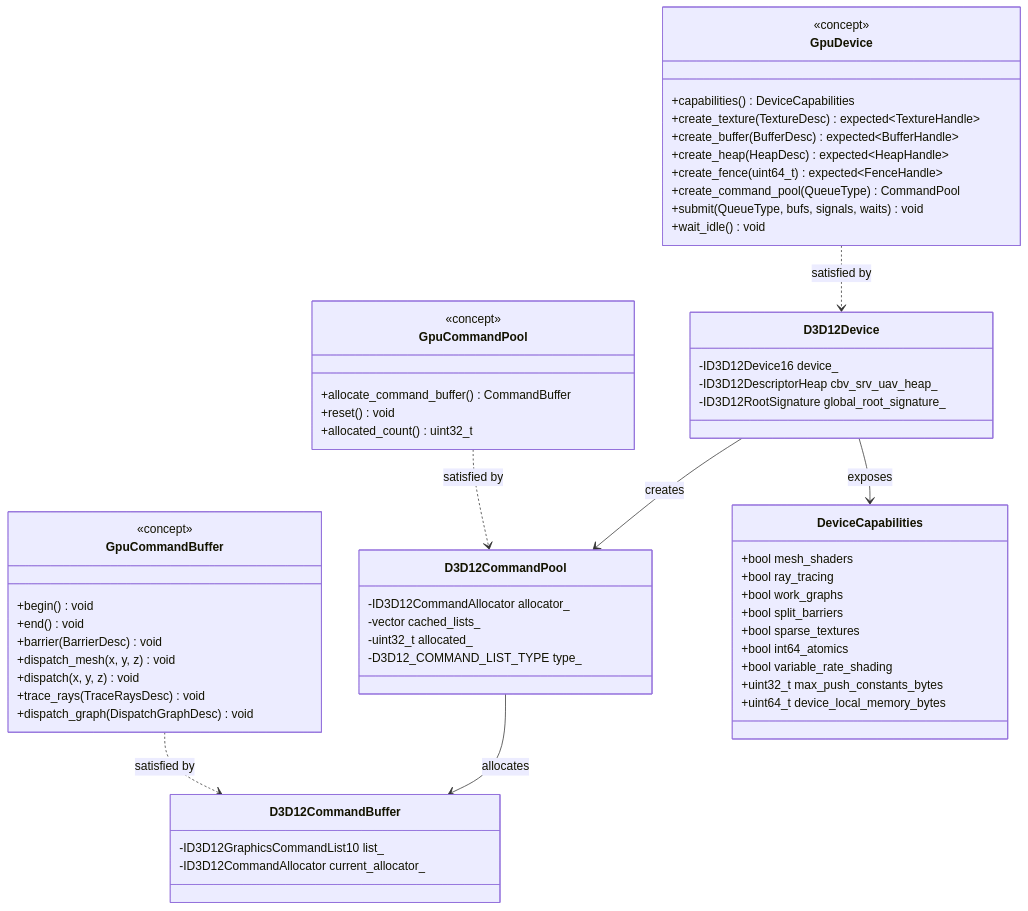
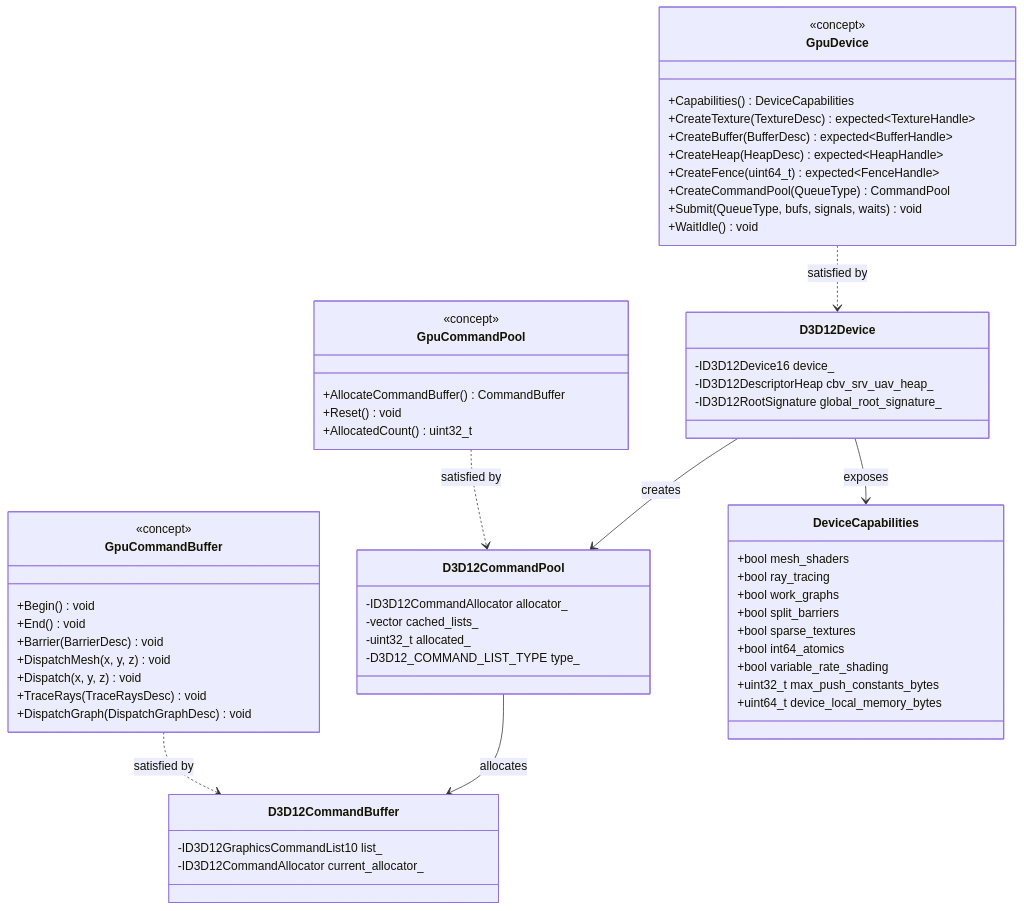
One commit to harmonius-dev/harmonius changed the second of 9 diagrams in docs/design/gpu-backend-d3d12-classes.md. Above: the diagram before and after it, drawn with Mermaid. The commit also changed other lines of this file and 67 other files, not shown here.

````diff
--- a/docs/design/gpu-backend-d3d12-classes.md
+++ b/docs/design/gpu-backend-d3d12-classes.md
@@ -145,69 +145,69 @@
 ```mermaid
 classDiagram
     class GpuDevice {
         <<concept>>
-        +capabilities() DeviceCapabilities
-        +create_texture(TextureDesc) expected~TextureHandle~
-        +create_buffer(BufferDesc) expected~BufferHandle~
-        +create_heap(HeapDesc) expected~HeapHandle~
-        +create_fence(uint64_t) expected~FenceHandle~
-        +create_command_pool(QueueType) CommandPool
-        +submit(QueueType, bufs, signals, waits) void
-        +wait_idle() void
+        +Capabilities() DeviceCapabilities
+        +CreateTexture(TextureDesc) expected~TextureHandle~
+        +CreateBuffer(BufferDesc) expected~BufferHandle~
+        +CreateHeap(HeapDesc) expected~HeapHandle~
+        +CreateFence(uint64_t) expected~FenceHandle~
+        +CreateCommandPool(QueueType) CommandPool
+        +Submit(QueueType, bufs, signals, waits) void
+        +WaitIdle() void
     }
 
     class GpuCommandPool {
         <<concept>>
-        +allocate_command_buffer() CommandBuffer
-        +reset() void
-        +allocated_count() uint32_t
+        +AllocateCommandBuffer() CommandBuffer
+        +Reset() void
+        +AllocatedCount() uint32_t
     }
 
     class GpuCommandBuffer {
         <<concept>>
-        +begin() void
-        +end() void
-        +barrier(BarrierDesc) void
-        +dispatch_mesh(x, y, z) void
-        +dispatch(x, y, z) void
-        +trace_rays(TraceRaysDesc) void
-        +dispatch_graph(DispatchGraphDesc) void
+        +Begin() void
+        +End() void
+        +Barrier(BarrierDesc) void
+        +DispatchMesh(x, y, z) void
+        +Dispatch(x, y, z) void
+        +TraceRays(TraceRaysDesc) void
+        +DispatchGraph(DispatchGraphDesc) void
     }
 
     class D3D12Device {
         -ID3D12Device16 device_
         -ID3D12DescriptorHeap cbv_srv_uav_heap_
         -ID3D12RootSignature global_root_signature_
     }
 
     class D3D12CommandPool {
         -ID3D12CommandAllocator allocator_
         -vector cached_lists_
         -uint32_t allocated_
         -D3D12_COMMAND_LIST_TYPE type_
     }
 
     class D3D12CommandBuffer {
         -ID3D12GraphicsCommandList10 list_
         -ID3D12CommandAllocator current_allocator_
     }
 
     class DeviceCapabilities {
         +bool mesh_shaders
         +bool ray_tracing
         +bool work_graphs
         +bool split_barriers
         +bool sparse_textures
         +bool int64_atomics
         +bool variable_rate_shading
         +uint32_t max_push_constants_bytes
         +uint64_t device_local_memory_bytes
     }
 
     GpuDevice ..> D3D12Device : satisfied by
     GpuCommandPool ..> D3D12CommandPool : satisfied by
     GpuCommandBuffer ..> D3D12CommandBuffer : satisfied by
     D3D12Device --> D3D12CommandPool : creates
     D3D12CommandPool --> D3D12CommandBuffer : allocates
     D3D12Device --> DeviceCapabilities : exposes
 ```
````
